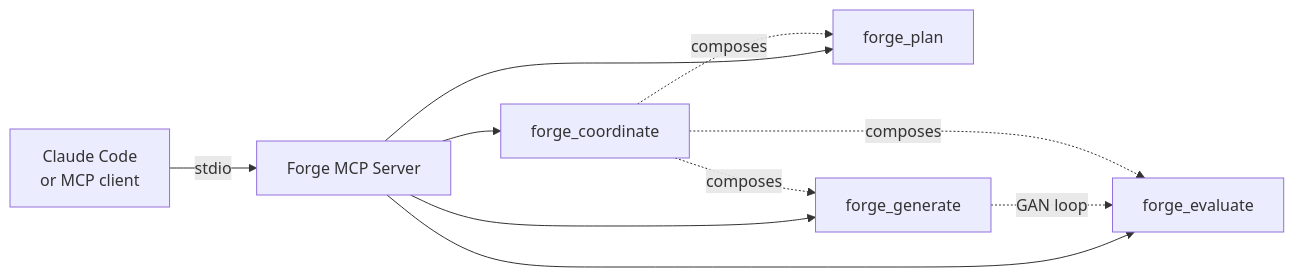
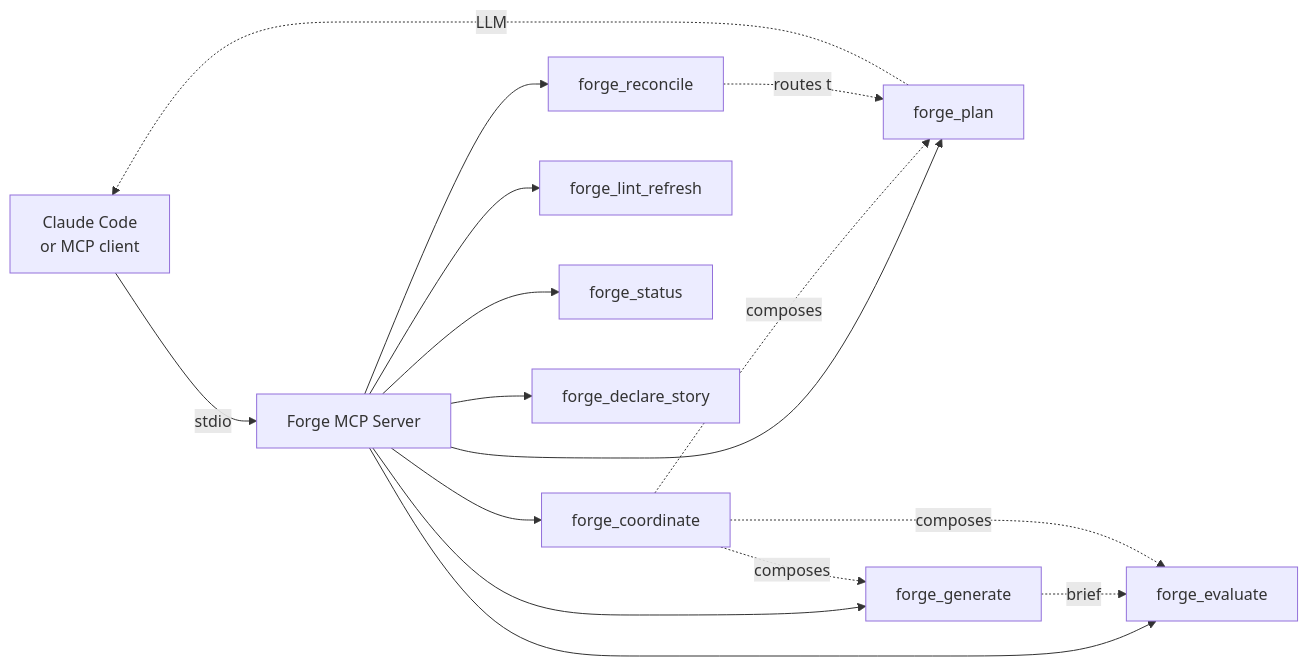
The diagram in README.md (ziyilam3999/forge-harness), drawn with Mermaid before and after one commit. The commit also changed other lines of this file and 2 other files, not shown here.

First line of the commit message:
docs(readme): promote cost-discipline architecture (8 primitives, 1 LLM)

````diff
--- a/README.md
+++ b/README.md
@@ -47,12 +73,18 @@
 ```mermaid
 graph LR
     CC[Claude Code<br/>or MCP client] -->|stdio| F[Forge MCP Server]
     F --> P[forge_plan]
     F --> E[forge_evaluate]
     F --> G[forge_generate]
     F --> C[forge_coordinate]
-    G -.GAN loop.-> E
+    F --> R[forge_reconcile]
+    F --> L[forge_lint_refresh]
+    F --> S[forge_status]
+    F --> D[forge_declare_story]
+    P -.LLM.-> CC
+    G -.brief.-> E
     C -.composes.-> P
     C -.composes.-> G
     C -.composes.-> E
+    R -.routes to.-> P
 ```
````
